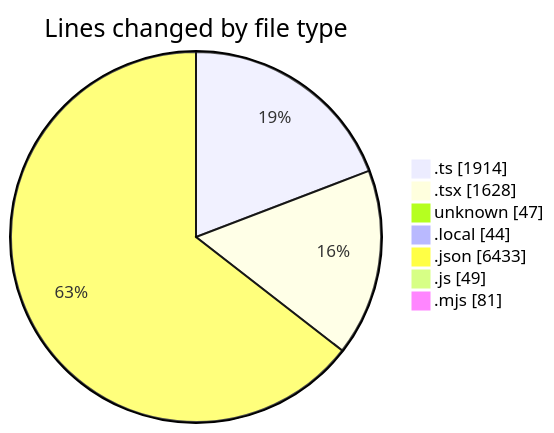
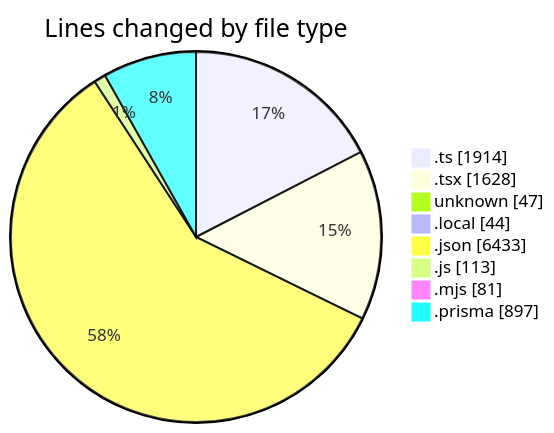
The first of 2 diagrams in 2025-05-16/ecodeli-1/README.md (CELIANVF/code-tracking), drawn with Mermaid before and after one commit. The commit also changed other lines of this file and 1 other file, not shown here.

````diff
--- a/2025-05-16/ecodeli-1/README.md
+++ b/2025-05-16/ecodeli-1/README.md
@@ -42,11 +44,12 @@
 ```mermaid
 pie showData
 title Lines changed by file type
 ".ts" : 1914
 ".tsx" : 1628
 "unknown" : 47
 ".local" : 44
 ".json" : 6433
-".js" : 49
+".js" : 113
 ".mjs" : 81
+".prisma" : 897
 ```
````
